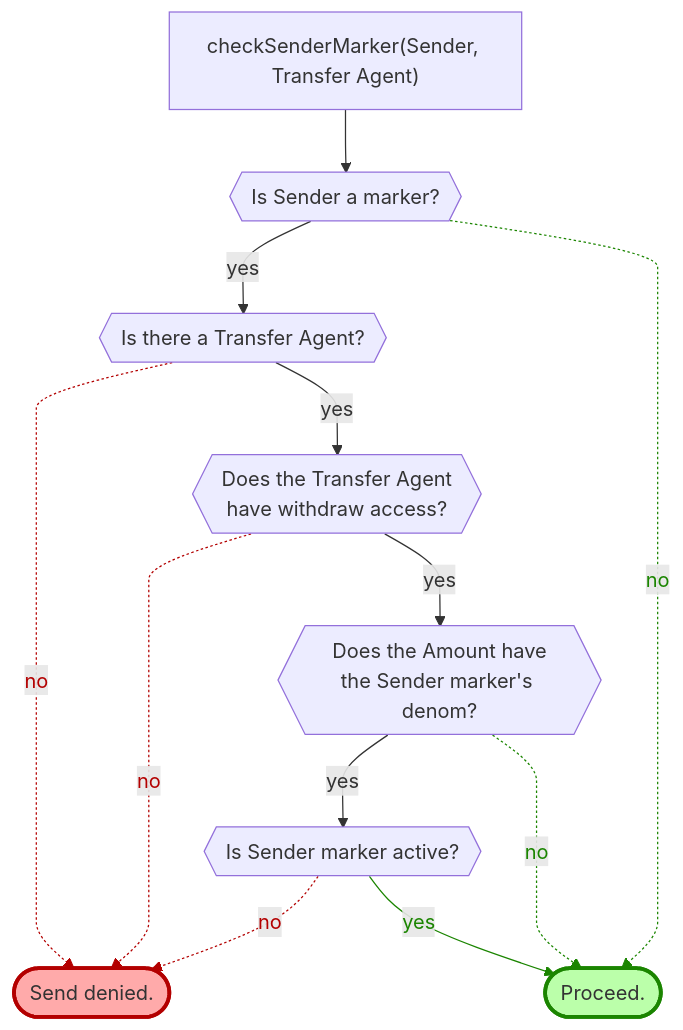
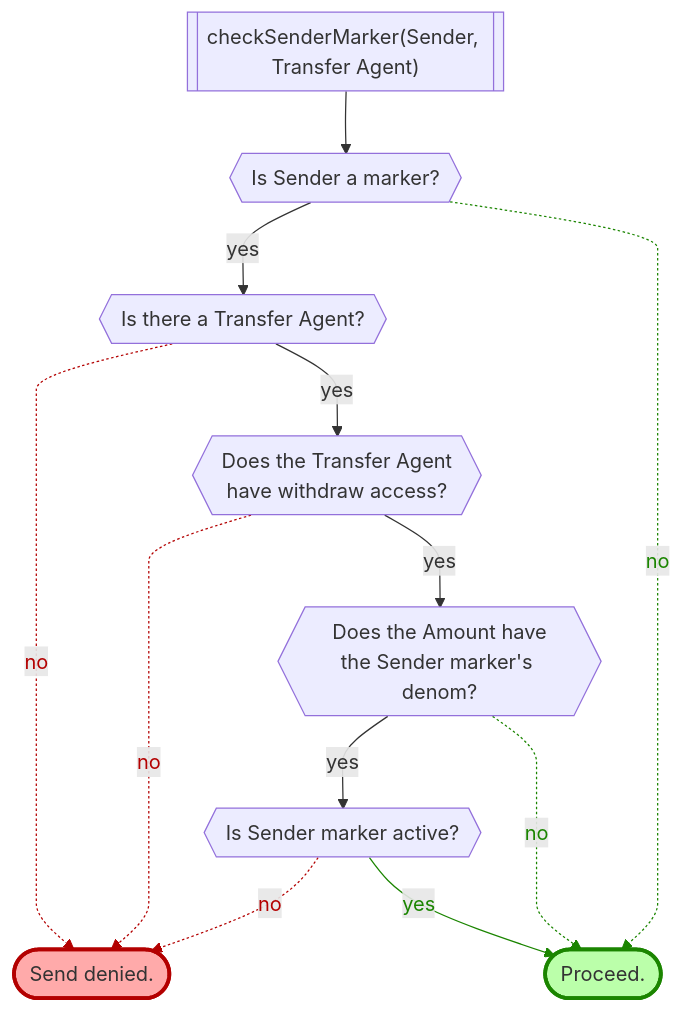
Before and after one commit to provenance-io/provenance: the second of 8 diagrams in x/marker/spec/12_transfers.md, drawn with Mermaid. The commit also changed other lines of this file and 3 other files, not shown here.

Commit message:
[1834]: Some tweaks to the spec docs to fix some typos, grammer, and flowchart stuff.

````diff
--- a/x/marker/spec/12_transfers.md
+++ b/x/marker/spec/12_transfers.md
@@ -151,27 +151,27 @@
 ```mermaid
 %%{ init: { 'flowchart': { 'curve': 'monotoneY'} } }%%
 flowchart TD
-    start["checkSenderMarker(Sender, Transfer Agent)"]
+    start[["checkSenderMarker(Sender, Transfer Agent)"]]
     issm{{"Is Sender a marker?"}}
     haveta{{"Is there a Transfer Agent?"}}
     istaw{{"Does the Transfer Agent\nhave withdraw access?"}}
     isasm{{"Does the Amount have\nthe Sender marker's denom?"}}
     issma{{"Is Sender marker active?"}}
     ok(["Proceed."])
     style ok fill:#bbffaa,stroke:#1b8500,stroke-width:3px
     denied(["Send denied."])
     style denied fill:#ffaaaa,stroke:#b30000,stroke-width:3px
     start --> issm
     issm -->|yes| haveta
     haveta -->|yes| istaw
     haveta -.->|no| denied
     istaw -.->|no| denied
     istaw -->|yes| isasm
     isasm -->|yes| issma
     issma -->|yes| ok
     isasm -.->|no| ok
     issma -.->|no| denied
     issm -.->|no| ok
     linkStyle 3,4,9 stroke:#b30000,color:#b30000
     linkStyle 7,8,10 stroke:#1b8500,color:#1b8500
 ```
````
